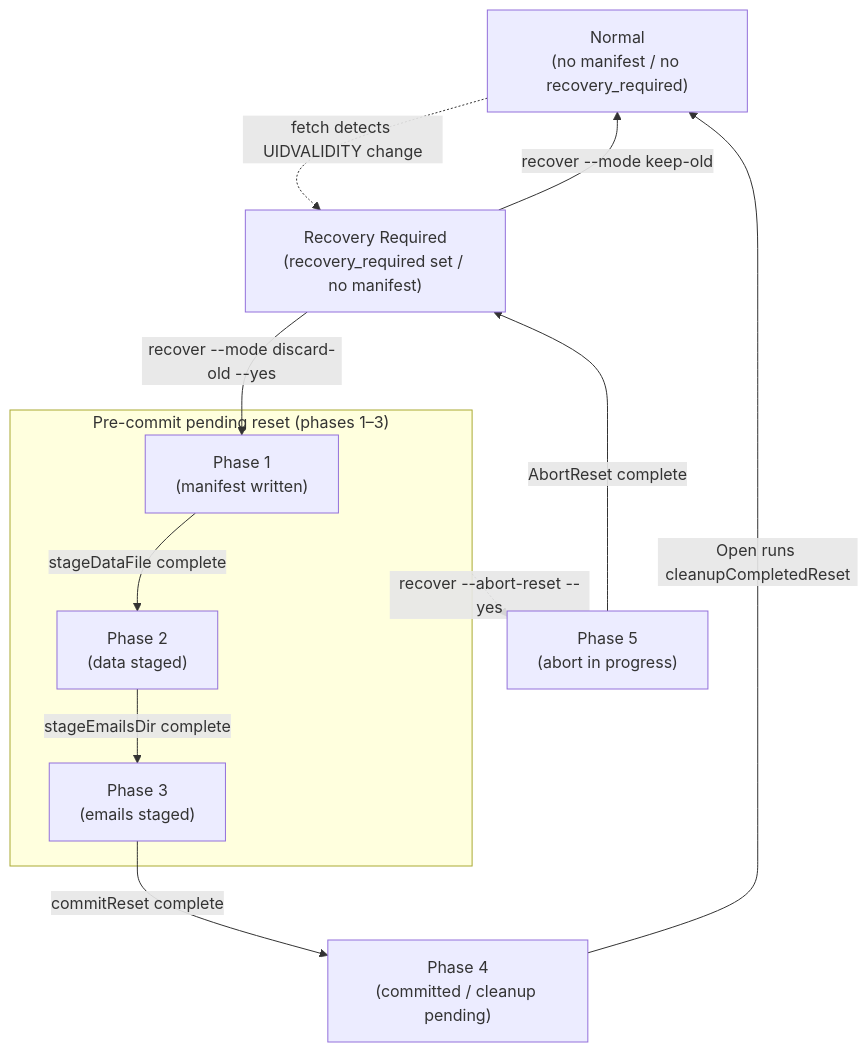
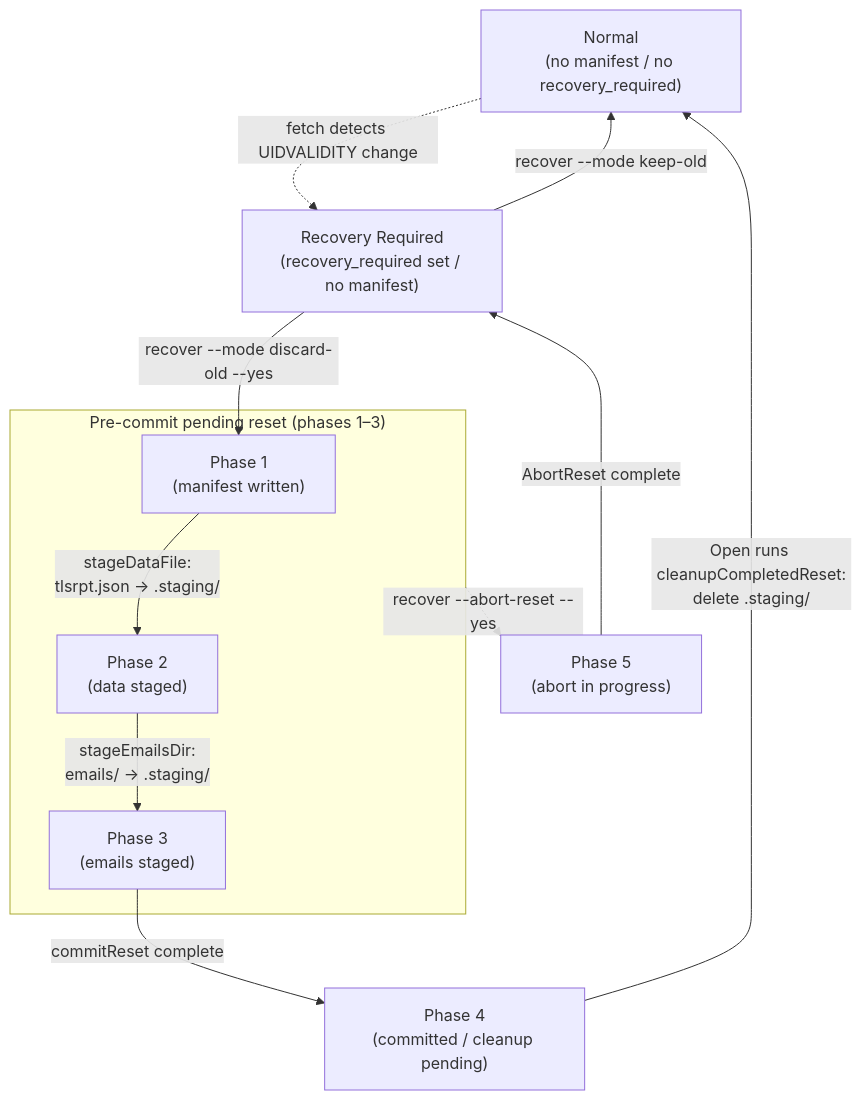
Before and after one commit to isseis/tlsrpt-digest: the diagram in docs/dev/adr/0003_reset_phase_design.md, drawn with Mermaid. The commit also changed other lines of this file, not shown here.

First line of the commit message:
docs(adr): update English translation of ADR-0003 reset phase design

````diff
--- a/docs/dev/adr/0003_reset_phase_design.md
+++ b/docs/dev/adr/0003_reset_phase_design.md
@@ -57,23 +89,23 @@
 ```mermaid
 flowchart TD
     Normal["Normal<br>(no manifest / no recovery_required)"]
     RR["Recovery Required<br>(recovery_required set / no manifest)"]
     P4["Phase 4<br>(committed / cleanup pending)"]
     P5["Phase 5<br>(abort in progress)"]
 
     subgraph PendingReset["Pre-commit pending reset (phases 1–3)"]
         P1["Phase 1<br>(manifest written)"]
         P2["Phase 2<br>(data staged)"]
         P3["Phase 3<br>(emails staged)"]
     end
 
     Normal -.->|"fetch detects UIDVALIDITY change"| RR
     RR -->|"recover --mode keep-old"| Normal
     RR -->|"recover --mode discard-old --yes"| P1
-    P1 -->|"stageDataFile complete"| P2
-    P2 -->|"stageEmailsDir complete"| P3
+    P1 -->|"stageDataFile:<br>tlsrpt.json → .staging/"| P2
+    P2 -->|"stageEmailsDir:<br>emails/ → .staging/"| P3
     P3 -->|"commitReset complete"| P4
-    P4 -->|"Open runs cleanupCompletedReset"| Normal
+    P4 -->|"Open runs cleanupCompletedReset:<br>delete .staging/"| Normal
     PendingReset -.->|"recover --abort-reset --yes"| P5
     P5 -->|"AbortReset complete"| RR
 ```
````
